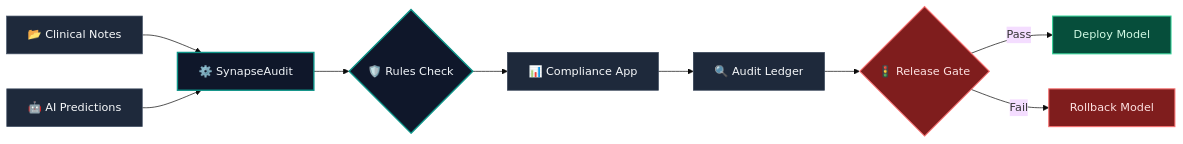
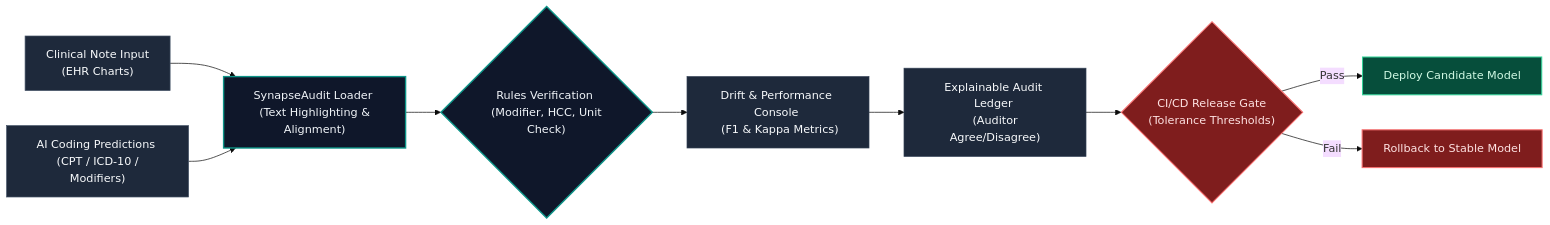
The diagram in README.md (Navneet-Scaler/SynapsAudit), drawn with Mermaid (base theme) before and after one commit. The commit also changed other lines of this file, not shown here.

Commit message:
docs: Detail Arintra vs SynapseAudit comparison and remove emojis from Mermaid nodes

````diff
--- a/README.md
+++ b/README.md
@@ -19,35 +19,35 @@
 ```mermaid
 graph LR
     %% Styling Classes
     classDef input fill:#1E293B,stroke:#475569,stroke-width:1px,color:#F8FAFC;
     classDef engine fill:#0F172A,stroke:#0D9488,stroke-width:2px,color:#F1F5F9;
     classDef metric fill:#1E293B,stroke:#334155,stroke-width:1px,color:#F8FAFC;
     classDef gate fill:#7F1D1D,stroke:#F87171,stroke-width:1.5px,color:#FEE2E2;
     classDef pass fill:#064E3B,stroke:#34D399,stroke-width:1.5px,color:#D1FAE5;
 
     %% Data Nodes
-    A["📂 Clinical Notes"]:::input
-    B["🤖 AI Predictions"]:::input
+    A["Clinical Note Input <br> (EHR Charts)"]:::input
+    B["AI Coding Predictions <br> (CPT / ICD-10 / Modifiers)"]:::input
 
     %% Processing Nodes
-    C["⚙️ SynapseAudit"]:::engine
-    D{"🛡️ Rules Check"}:::engine
+    C["SynapseAudit Loader <br> (Text Highlighting & Alignment)"]:::engine
+    D{"Rules Verification <br> (Modifier, HCC, Unit Check)"}:::engine
 
     %% Review Nodes
-    E["📊 Compliance App"]:::metric
-    F["🔍 Audit Ledger"]:::metric
+    E["Drift & Performance Console <br> (F1 & Kappa Metrics)"]:::metric
+    F["Explainable Audit Ledger <br> (Auditor Agree/Disagree)"]:::metric
 
     %% Gate Decisions
-    G{"🚦 Release Gate"}:::gate
-    H["Deploy Model"]:::pass
-    I["Rollback Model"]:::gate
+    G{"CI/CD Release Gate <br> (Tolerance Thresholds)"}:::gate
+    H["Deploy Candidate Model"]:::pass
+    I["Rollback to Stable Model"]:::gate
 
     %% Connections
     A & B --> C
     C --> D
     D --> E
     E --> F
     F --> G
     G -->|Pass| H
     G -->|Fail| I
 ```
````
